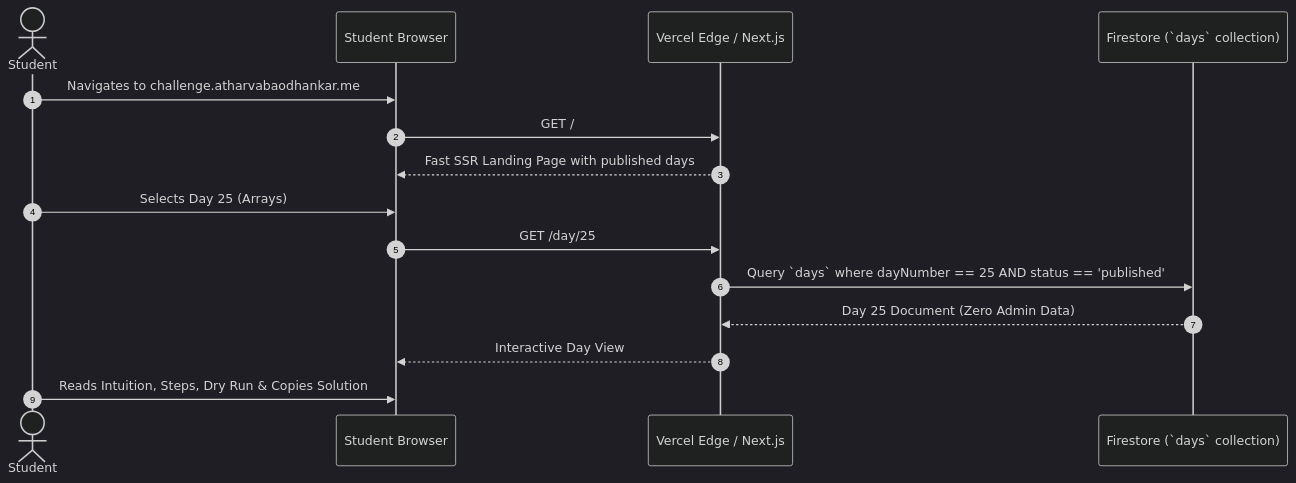
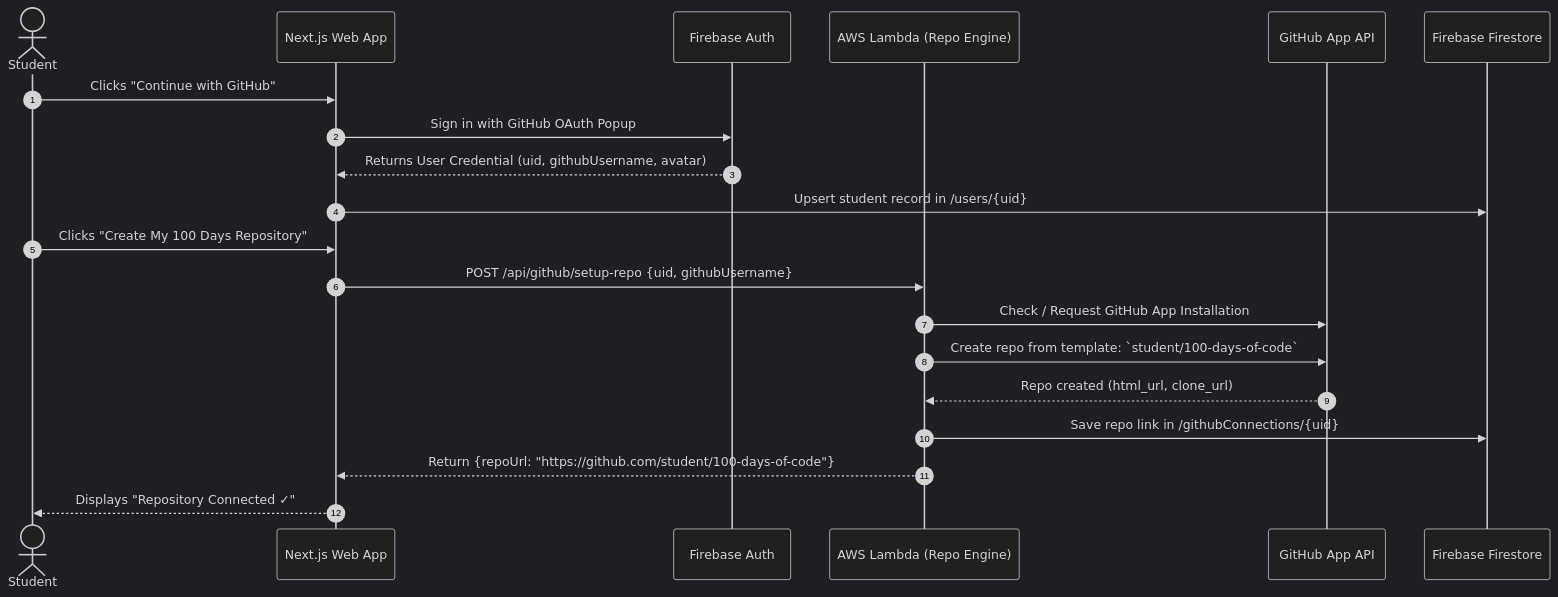
Before and after one commit to atharvabaodhankar/100_days_code: the fourth of 7 diagrams in SYSTEM_DESIGN.md, drawn with Mermaid (dark theme). The commit also changed other lines of this file and 12 other files, not shown here.

Commit message:
feat: implement challenge detail and leaderboard pages with integrated Firebase gamification and authentication

````diff
--- a/SYSTEM_DESIGN.md
+++ b/SYSTEM_DESIGN.md
@@ -230,20 +253,24 @@
 ```mermaid
 sequenceDiagram
     autonumber
-    actor Student
-    participant Browser as Student Browser
-    participant CDN as Vercel Edge / Next.js
-    participant DB as Firestore (`days` collection)
+    actor Student as Student
+    participant UI as Next.js Web App
+    participant FireAuth as Firebase Auth
+    participant AWS as AWS Lambda (Repo Engine)
+    participant GitHub as GitHub App API
+    participant Firestore as Firebase Firestore
 
-    Student->>Browser: Navigates to challenge.atharvabaodhankar.me
-    Browser->>CDN: GET /
-    CDN-->>Browser: Fast SSR Landing Page with published days
+    Student->>UI: Clicks "Continue with GitHub"
+    UI->>FireAuth: Sign in with GitHub OAuth Popup
+    FireAuth-->>UI: Returns User Credential (uid, githubUsername, avatar)
+    UI->>Firestore: Upsert student record in /users/{uid}
     
-    Student->>Browser: Selects Day 25 (Arrays)
-    Browser->>CDN: GET /day/25
-    CDN->>DB: Query `days` where dayNumber == 25 AND status == 'published'
-    DB-->>CDN: Day 25 Document (Zero Admin Data)
-    CDN-->>Browser: Interactive Day View
-    
-    Student->>Browser: Reads Intuition, Steps, Dry Run & Copies Solution
+    Student->>UI: Clicks "Create My 100 Days Repository"
+    UI->>AWS: POST /api/github/setup-repo {uid, githubUsername}
+    AWS->>GitHub: Check / Request GitHub App Installation
+    AWS->>GitHub: Create repo from template: `student/100-days-of-code`
+    GitHub-->>AWS: Repo created (html_url, clone_url)
+    AWS->>Firestore: Save repo link in /githubConnections/{uid}
+    AWS-->>UI: Return {repoUrl: "https://github.com/student/100-days-of-code"}
+    UI-->>Student: Displays "Repository Connected ✓"
 ```
````
